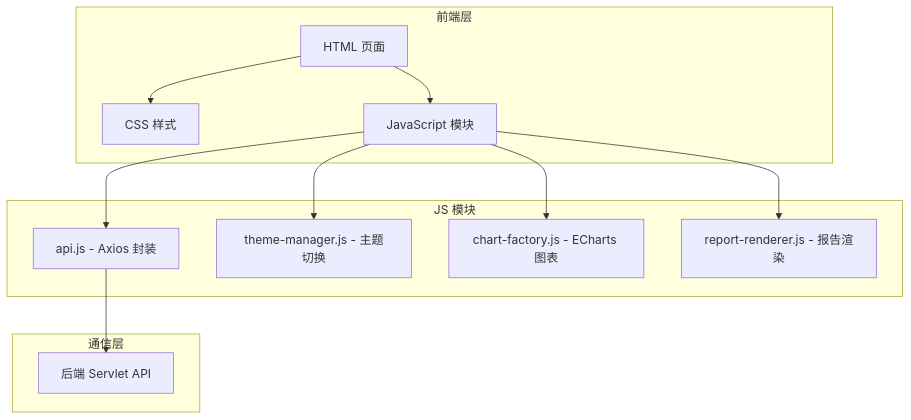
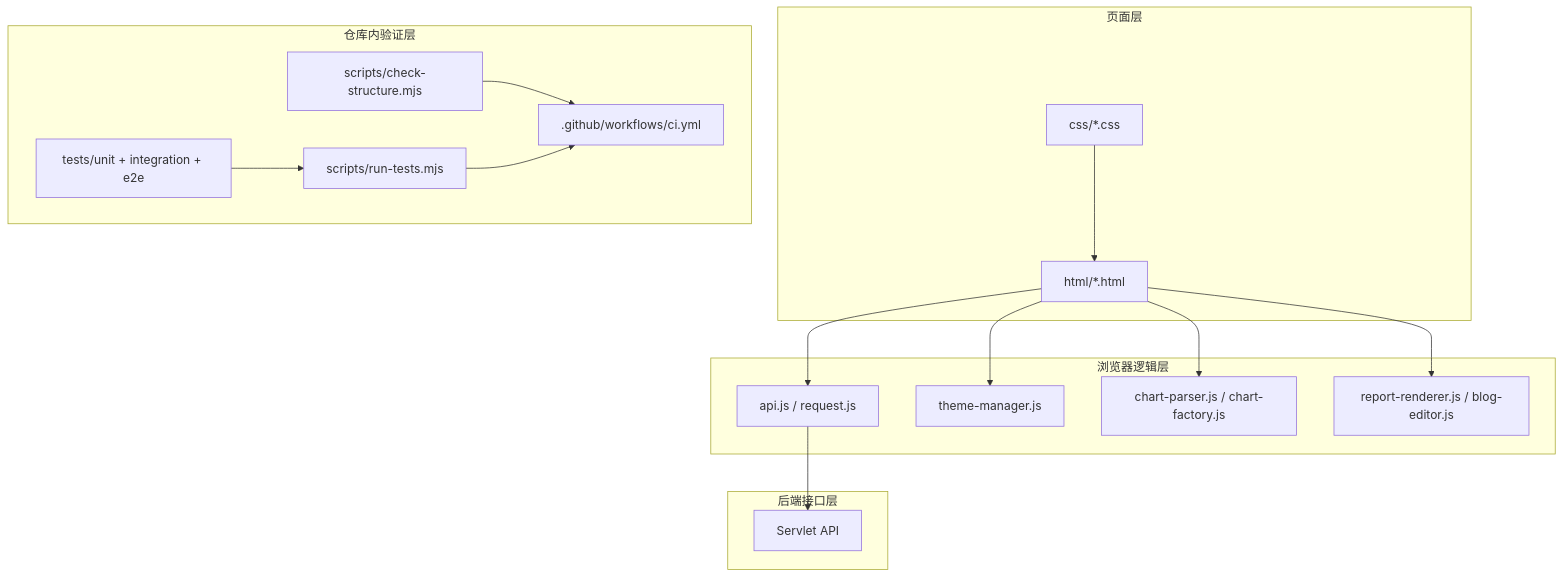
One commit to BigData2026QDU/WebFrontEnd changed the diagram in Architecture.md. Above: the diagram before and after it, drawn with Mermaid. The commit also changed other lines of this file and 11 other files, not shown here.

````diff
--- a/Architecture.md
+++ b/Architecture.md
@@ -5,18 +5,35 @@
 ```mermaid
 graph TB
-    subgraph "前端层"
-        A[HTML 页面] --> B[CSS 样式]
-        A --> C[JavaScript 模块]
+    subgraph 页面层
+        HTML[html/*.html]
+        CSS[css/*.css]
     end
 
-    subgraph "JS 模块"
-        C --> D[api.js - Axios 封装]
-        C --> E[theme-manager.js - 主题切换]
-        C --> F[chart-factory.js - ECharts 图表]
-        C --> G[report-renderer.js - 报告渲染]
+    subgraph 浏览器逻辑层
+        API[api.js / request.js]
+        THEME[theme-manager.js]
+        CHART[chart-parser.js / chart-factory.js]
+        REPORT[report-renderer.js / blog-editor.js]
     end
 
-    subgraph "通信层"
-        D --> H[后端 Servlet API]
+    subgraph 后端接口层
+        SERVLET[Servlet API]
     end
+
+    subgraph 仓库内验证层
+        STRUCTURE[scripts/check-structure.mjs]
+        RUNNER[scripts/run-tests.mjs]
+        TESTS[tests/unit + integration + e2e]
+        CI[.github/workflows/ci.yml]
+    end
+
+    HTML --> API
+    HTML --> THEME
+    HTML --> CHART
+    HTML --> REPORT
+    CSS --> HTML
+    API --> SERVLET
+    STRUCTURE --> CI
+    RUNNER --> CI
+    TESTS --> RUNNER
 ```
````
